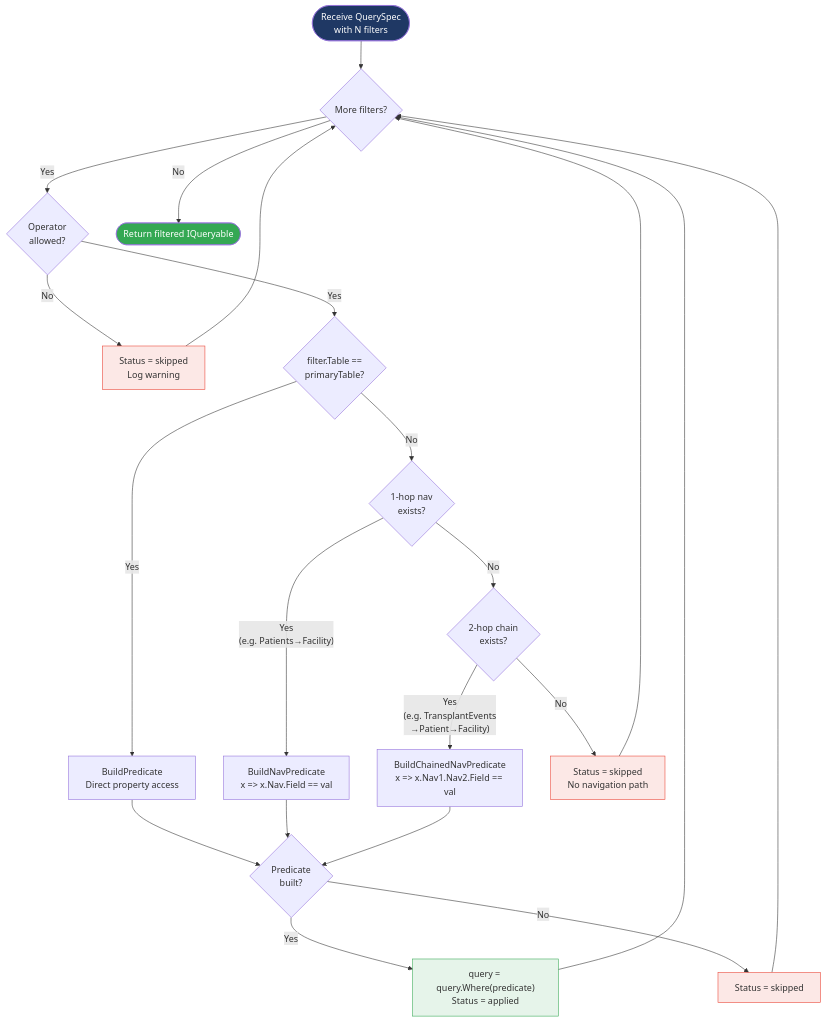
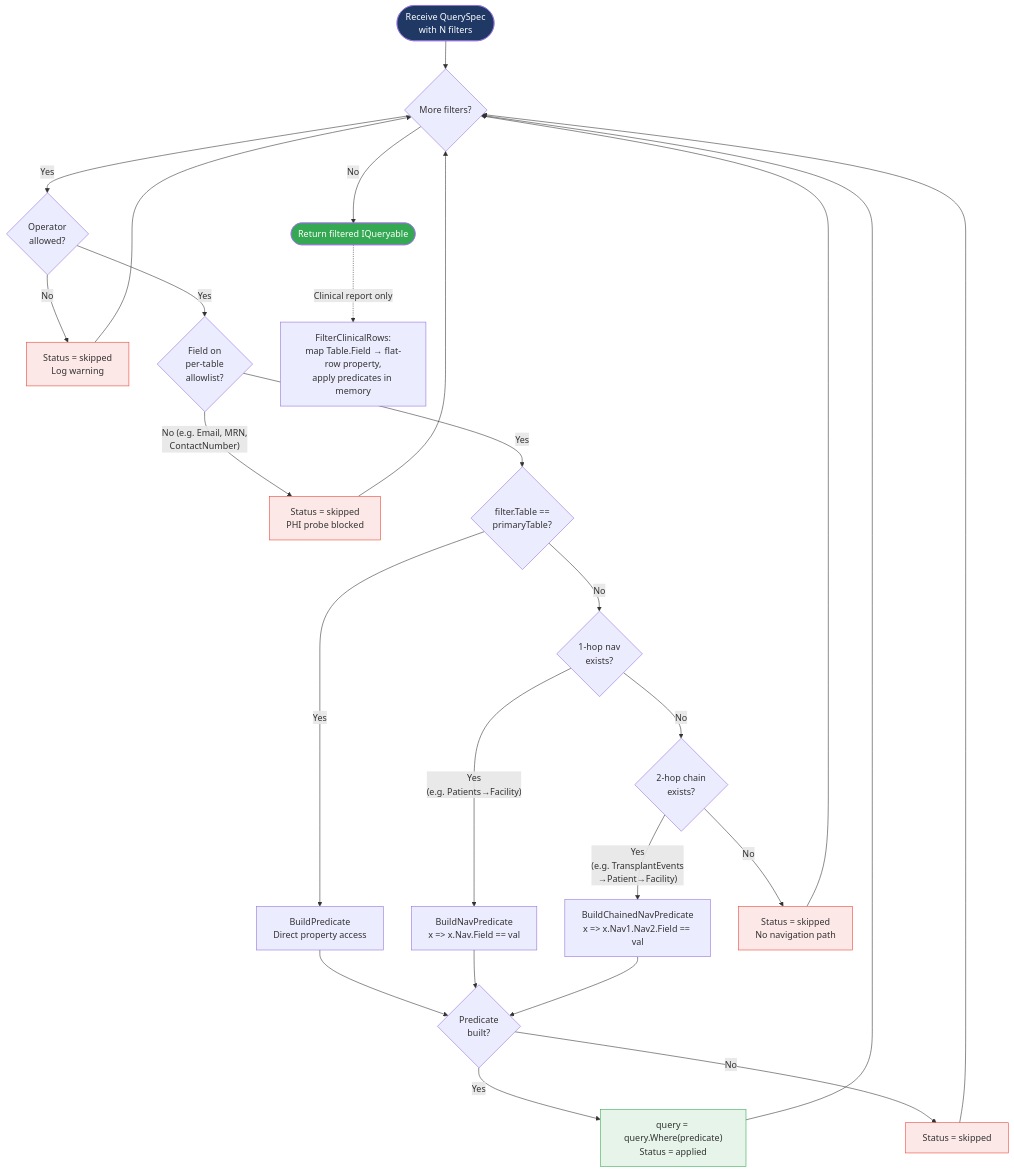
One commit to amitraut18-citiustech/AI-Report-Generation changed the third of 4 diagrams in docs/runbook-ai-report-forge-poc.md. Above: the diagram before and after it, drawn with Mermaid. The commit also changed other lines of this file and 23 other files, not shown here.

````diff
--- a/docs/runbook-ai-report-forge-poc.md
+++ b/docs/runbook-ai-report-forge-poc.md
@@ -513,41 +541,48 @@
 ```mermaid
 flowchart TD
     START([Receive QuerySpec<br/>with N filters]) --> LOOP{More filters?}
 
     LOOP -->|Yes| CHECK_OP{Operator<br/>allowed?}
     CHECK_OP -->|No| SKIP1[Status = skipped<br/>Log warning]
     SKIP1 --> LOOP
 
-    CHECK_OP -->|Yes| SAME_TABLE{filter.Table ==<br/>primaryTable?}
+    CHECK_OP -->|Yes| CHECK_FIELD{Field on<br/>per-table<br/>allowlist?}
+    CHECK_FIELD -->|"No (e.g. Email, MRN,<br/>ContactNumber)"| SKIP0[Status = skipped<br/>PHI probe blocked]
+    SKIP0 --> LOOP
+
+    CHECK_FIELD -->|Yes| SAME_TABLE{filter.Table ==<br/>primaryTable?}
 
     SAME_TABLE -->|Yes| BUILD_DIRECT[BuildPredicate<br/>Direct property access]
     BUILD_DIRECT --> APPLY
 
     SAME_TABLE -->|No| NAV_1HOP{1-hop nav<br/>exists?}
 
     NAV_1HOP -->|"Yes<br/>(e.g. Patients→Facility)"| BUILD_NAV[BuildNavPredicate<br/>x => x.Nav.Field == val]
     BUILD_NAV --> APPLY
 
     NAV_1HOP -->|No| NAV_2HOP{2-hop chain<br/>exists?}
 
     NAV_2HOP -->|"Yes<br/>(e.g. TransplantEvents<br/>→Patient→Facility)"| BUILD_CHAIN[BuildChainedNavPredicate<br/>x => x.Nav1.Nav2.Field == val]
     BUILD_CHAIN --> APPLY
 
     NAV_2HOP -->|No| SKIP2[Status = skipped<br/>No navigation path]
     SKIP2 --> LOOP
 
     APPLY{Predicate<br/>built?}
     APPLY -->|Yes| WHERE["query = query.Where(predicate)<br/>Status = applied"]
     APPLY -->|No| SKIP3[Status = skipped]
     WHERE --> LOOP
     SKIP3 --> LOOP
 
     LOOP -->|No| DONE([Return filtered IQueryable])
 
+    DONE -.->|"Clinical report only"| CLIN["FilterClinicalRows:<br/>map Table.Field → flat-row property,<br/>apply predicates in memory"]
+
     style START fill:#1f3864,color:#fff
     style DONE fill:#34a853,color:#fff
+    style SKIP0 fill:#fce8e6,stroke:#ea4335
     style SKIP1 fill:#fce8e6,stroke:#ea4335
     style SKIP2 fill:#fce8e6,stroke:#ea4335
     style SKIP3 fill:#fce8e6,stroke:#ea4335
     style WHERE fill:#e6f4ea,stroke:#34a853
 ```
````
